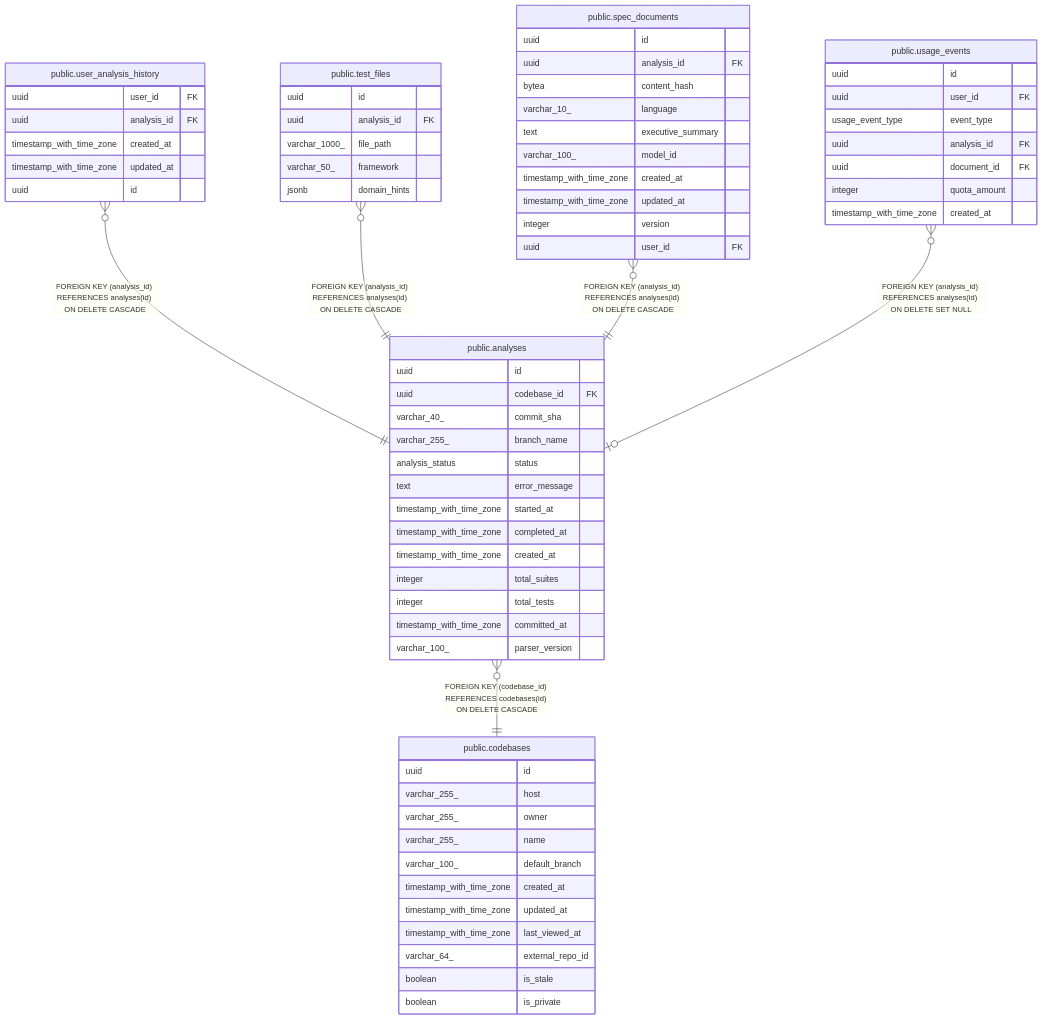
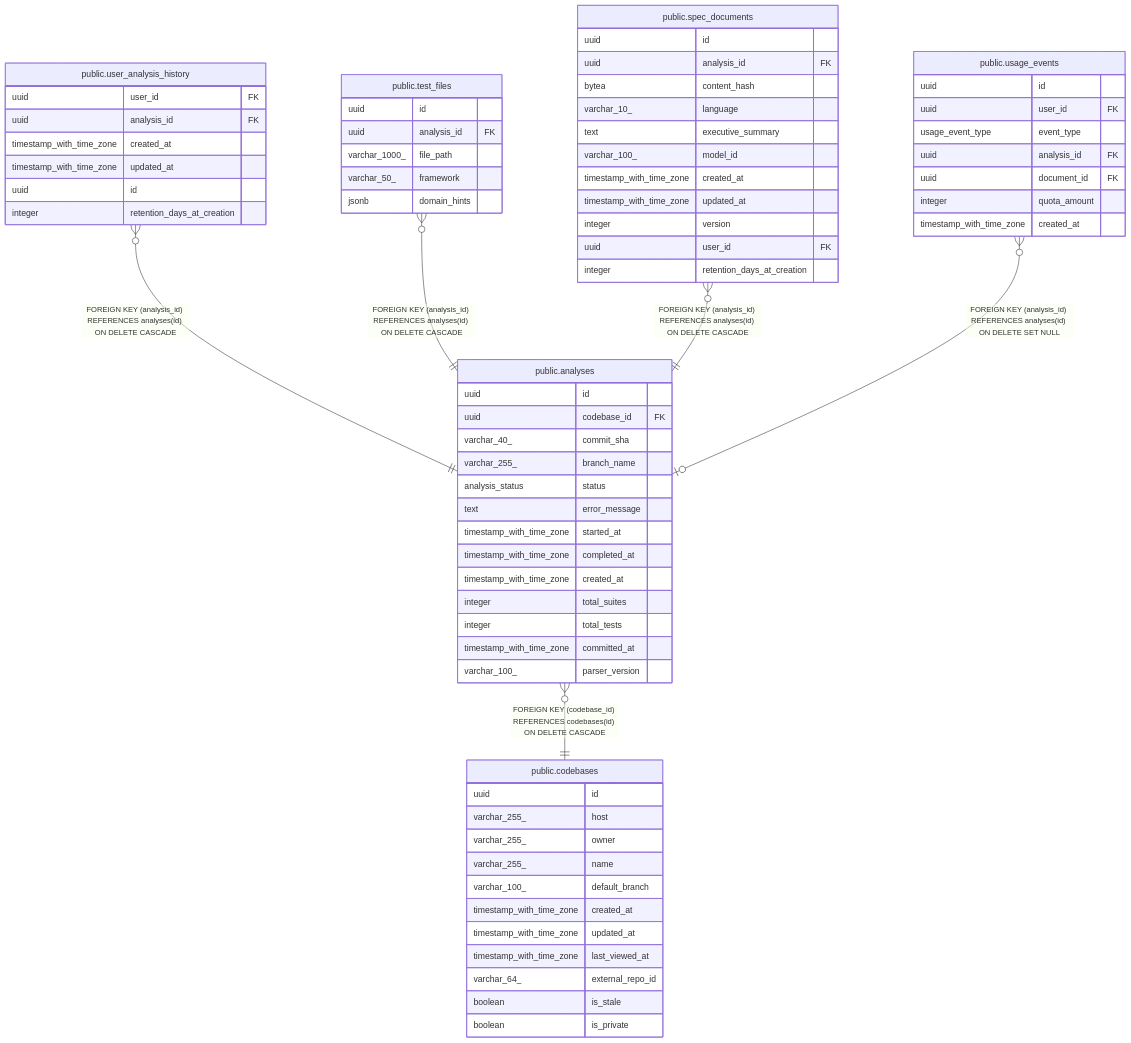
One commit to specvital/specvital.github.io changed the diagram in docs/schema/public.analyses.md. Above: the diagram before and after it, drawn with Mermaid. The commit also changed 8 other files, not shown here.

Commit message:
docs: update schema documentation

````diff
--- a/docs/schema/public.analyses.md
+++ b/docs/schema/public.analyses.md
@@ -41,73 +41,75 @@
 ```mermaid
 erDiagram
 
 "public.user_analysis_history" }o--|| "public.analyses" : "FOREIGN KEY (analysis_id) REFERENCES analyses(id) ON DELETE CASCADE"
 "public.test_files" }o--|| "public.analyses" : "FOREIGN KEY (analysis_id) REFERENCES analyses(id) ON DELETE CASCADE"
 "public.spec_documents" }o--|| "public.analyses" : "FOREIGN KEY (analysis_id) REFERENCES analyses(id) ON DELETE CASCADE"
 "public.usage_events" }o--o| "public.analyses" : "FOREIGN KEY (analysis_id) REFERENCES analyses(id) ON DELETE SET NULL"
 "public.analyses" }o--|| "public.codebases" : "FOREIGN KEY (codebase_id) REFERENCES codebases(id) ON DELETE CASCADE"
 
 "public.analyses" {
   uuid id
   uuid codebase_id FK
   varchar_40_ commit_sha
   varchar_255_ branch_name
   analysis_status status
   text error_message
   timestamp_with_time_zone started_at
   timestamp_with_time_zone completed_at
   timestamp_with_time_zone created_at
   integer total_suites
   integer total_tests
   timestamp_with_time_zone committed_at
   varchar_100_ parser_version
 }
 "public.user_analysis_history" {
   uuid user_id FK
   uuid analysis_id FK
   timestamp_with_time_zone created_at
   timestamp_with_time_zone updated_at
   uuid id
+  integer retention_days_at_creation
 }
 "public.test_files" {
   uuid id
   uuid analysis_id FK
   varchar_1000_ file_path
   varchar_50_ framework
   jsonb domain_hints
 }
 "public.spec_documents" {
   uuid id
   uuid analysis_id FK
   bytea content_hash
   varchar_10_ language
   text executive_summary
   varchar_100_ model_id
   timestamp_with_time_zone created_at
   timestamp_with_time_zone updated_at
   integer version
   uuid user_id FK
+  integer retention_days_at_creation
 }
 "public.usage_events" {
   uuid id
   uuid user_id FK
   usage_event_type event_type
   uuid analysis_id FK
   uuid document_id FK
   integer quota_amount
   timestamp_with_time_zone created_at
 }
 "public.codebases" {
   uuid id
   varchar_255_ host
   varchar_255_ owner
   varchar_255_ name
   varchar_100_ default_branch
   timestamp_with_time_zone created_at
   timestamp_with_time_zone updated_at
   timestamp_with_time_zone last_viewed_at
   varchar_64_ external_repo_id
   boolean is_stale
   boolean is_private
 }
 ```
````
